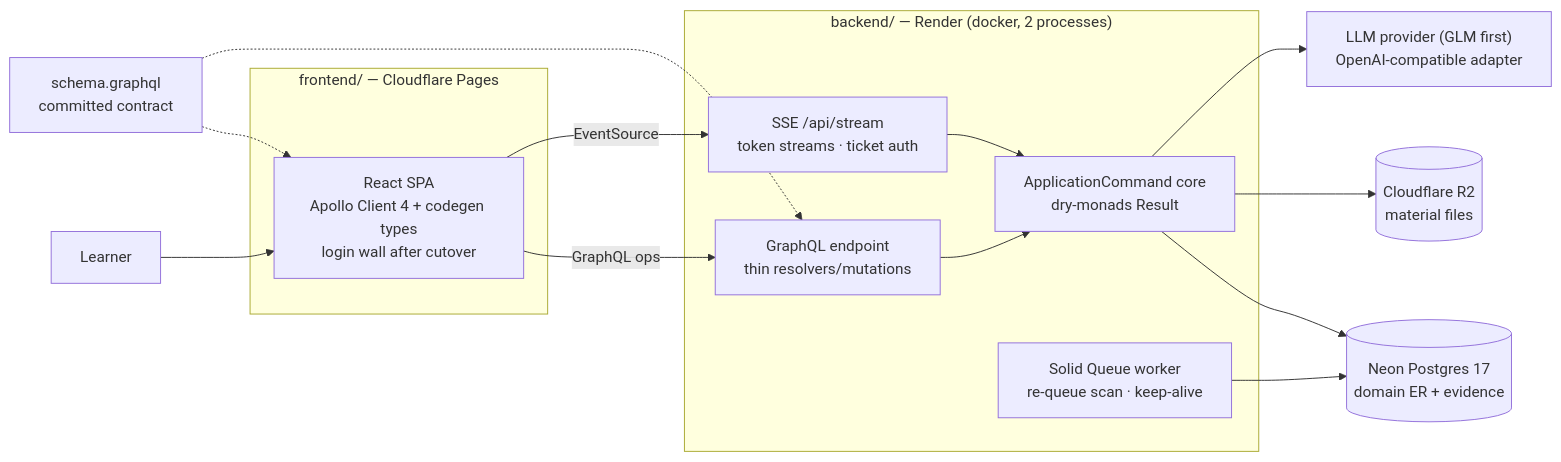
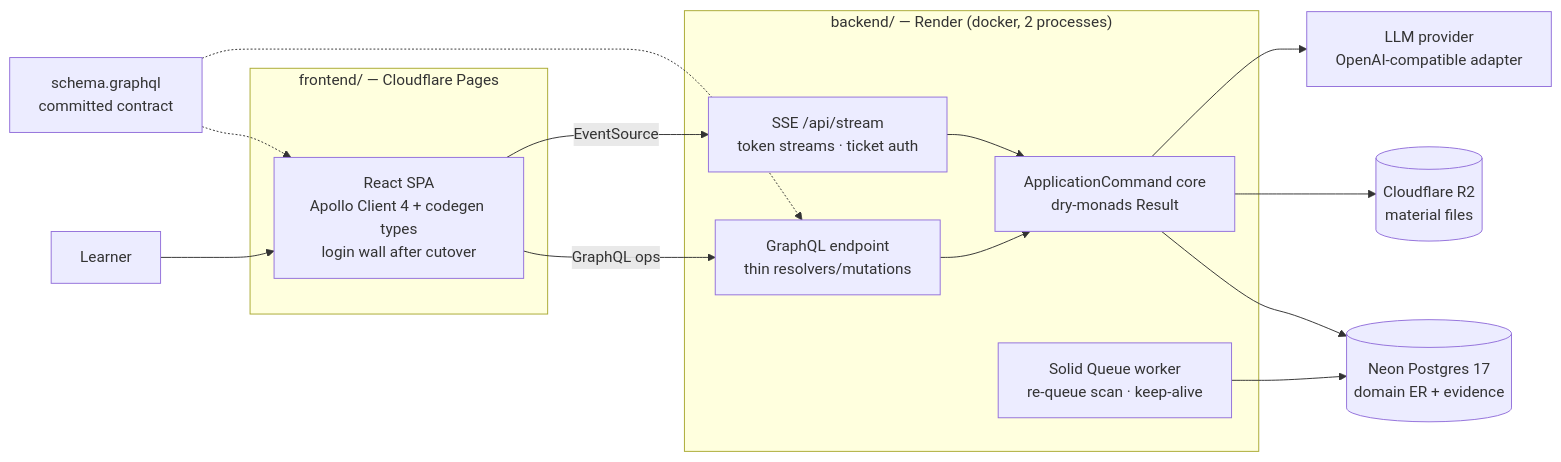
One commit to YinanZhaoXometry/synapse changed the second of 4 diagrams in docs/architecture/architecture-synapse/architecture-synapse.md. Above: the diagram before and after it, drawn with Mermaid. The commit also changed other lines of this file and 38 other files, not shown here.

````diff
--- a/docs/architecture/architecture-synapse/architecture-synapse.md
+++ b/docs/architecture/architecture-synapse/architecture-synapse.md
@@ -61,29 +61,29 @@
 ```mermaid
 flowchart LR
     user["Learner"]
     subgraph frontend ["frontend/ — Cloudflare Pages"]
         spa["React SPA\nApollo Client 4 + codegen types\nlogin wall after cutover"]
     end
     subgraph backend ["backend/ — Render (docker, 2 processes)"]
         gql["GraphQL endpoint\nthin resolvers/mutations"]
         sse["SSE /api/stream\ntoken streams · ticket auth"]
         cmd["ApplicationCommand core\ndry-monads Result"]
         queue["Solid Queue worker\nre-queue scan · keep-alive"]
     end
     pg[("Neon Postgres 17\ndomain ER + evidence")]
     r2[("Cloudflare R2\nmaterial files")]
-    llm["LLM provider (GLM first)\nOpenAI-compatible adapter"]
+    llm["LLM provider\nOpenAI-compatible adapter"]
     schema["schema.graphql\ncommitted contract"]
 
     user --> spa
     spa -- "GraphQL ops" --> gql
     spa -- "EventSource" --> sse
     schema -.-> spa
     schema -.-> gql
     gql --> cmd
     sse --> cmd
     cmd --> pg
     cmd --> r2
     cmd --> llm
     queue --> pg
 ```
````
